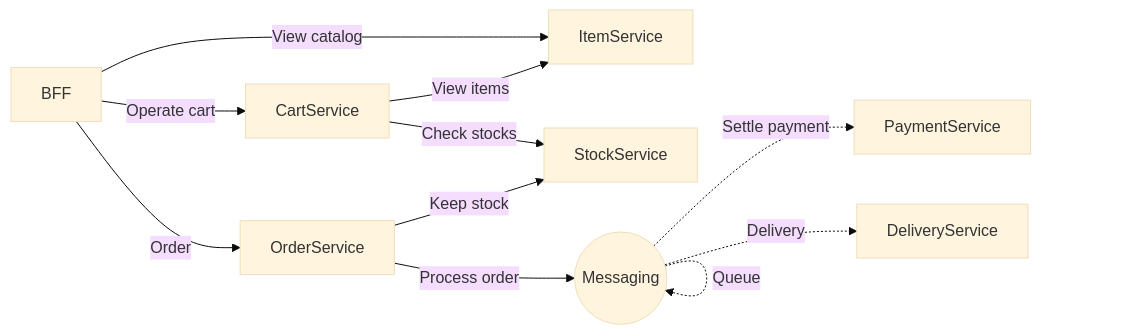
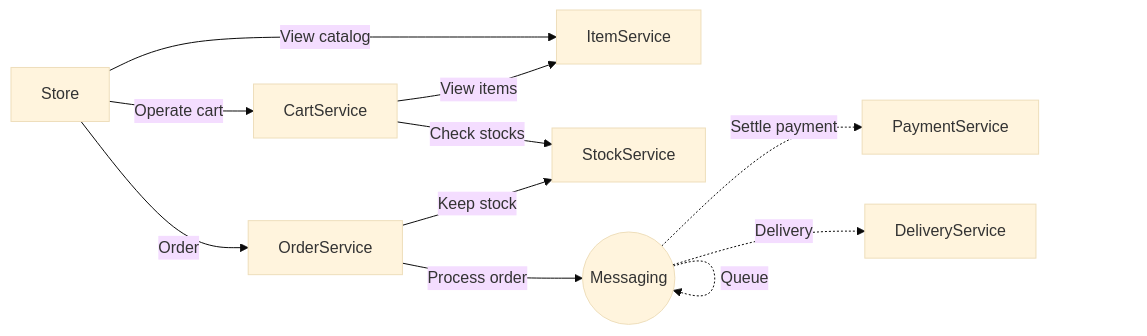
Before and after one commit to cero-t/spring-store-2026: the first of 2 diagrams in README.md, drawn with Mermaid (base theme). The commit also changed other lines of this file and 18 other files, not shown here.

First line of the commit message:
Change bff to store

````diff
--- a/README.md
+++ b/README.md
@@ -11,13 +11,13 @@
 ```mermaid
 flowchart LR
-  BFF -->|View catalog| ItemService
-  BFF -->|Operate cart| CartService
+  Store -->|View catalog| ItemService
+  Store -->|Operate cart| CartService
   CartService -->|View items| ItemService
   CartService -->|Check stocks| StockService
-  BFF -->|Order| OrderService
+  Store -->|Order| OrderService
   OrderService -->|Keep stock| StockService
   OrderService -->|Process order| M((Messaging))
   M -.->|Queue| M
   M -.->|Settle payment| PaymentService
   M -.->|Delivery| DeliveryService
 ```
````
